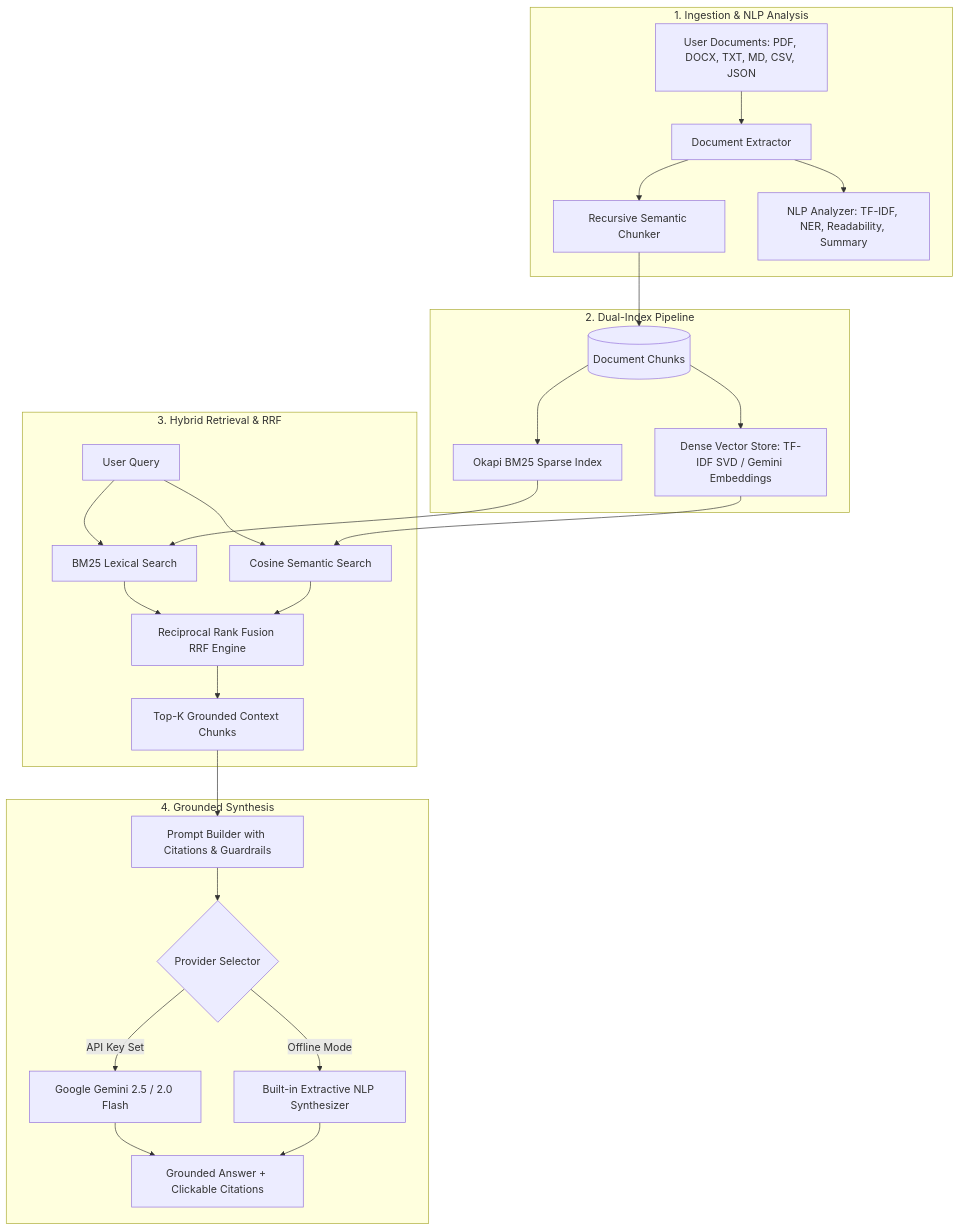
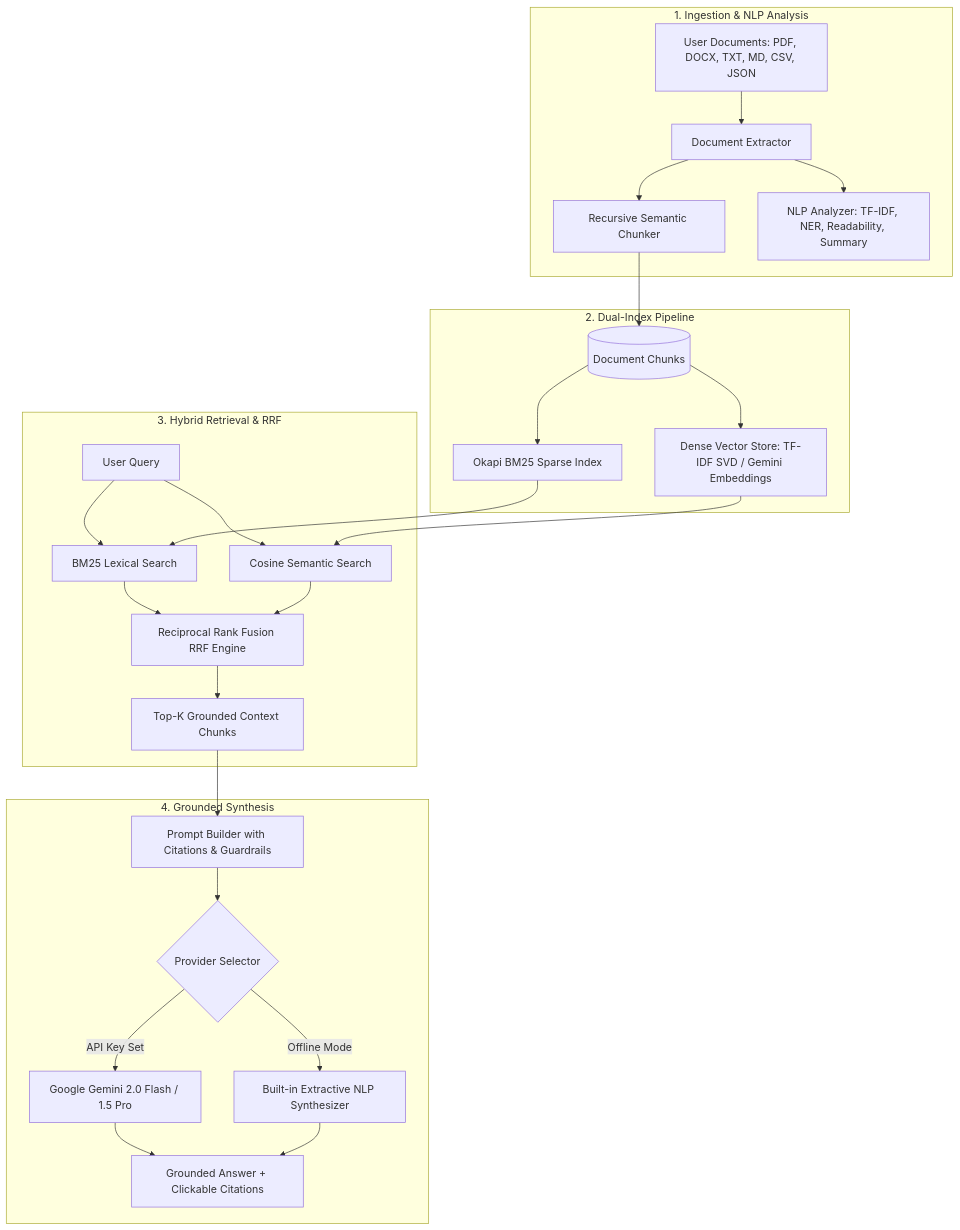
Before and after one commit to bhanukousik127-gif/NLP-powered-RAG-document-assistant: the diagram in README.md, drawn with Mermaid. The commit also changed other lines of this file and 4 other files, not shown here.

Commit message:
fix: Resolve Google GenAI badge formatting and update model to gemini-2.0-flash

````diff
--- a/README.md
+++ b/README.md
@@ -41,33 +42,33 @@
 ```mermaid
 flowchart TD
     subgraph Ingestion["1. Ingestion & NLP Analysis"]
         Doc[User Documents: PDF, DOCX, TXT, MD, CSV, JSON] --> Extractor[Document Extractor]
         Extractor --> Chunker[Recursive Semantic Chunker]
         Extractor --> NLP[NLP Analyzer: TF-IDF, NER, Readability, Summary]
     end
 
     subgraph Indexing["2. Dual-Index Pipeline"]
         Chunker --> Chunks[(Document Chunks)]
         Chunks --> BM25Index[Okapi BM25 Sparse Index]
         Chunks --> VectorIndex[Dense Vector Store: TF-IDF SVD / Gemini Embeddings]
     end
 
     subgraph Retrieval["3. Hybrid Retrieval & RRF"]
         Query[User Query] --> BM25Search[BM25 Lexical Search]
         Query --> VectorSearch[Cosine Semantic Search]
         BM25Index --> BM25Search
         VectorIndex --> VectorSearch
         BM25Search --> RRF[Reciprocal Rank Fusion RRF Engine]
         VectorSearch --> RRF
         RRF --> TopK[Top-K Grounded Context Chunks]
     end
 
     subgraph Generation["4. Grounded Synthesis"]
         TopK --> PromptBuilder[Prompt Builder with Citations & Guardrails]
         PromptBuilder --> Generator{Provider Selector}
-        Generator -->|API Key Set| Gemini[Google Gemini 2.5 / 2.0 Flash]
+        Generator -->|API Key Set| Gemini[Google Gemini 2.0 Flash / 1.5 Pro]
         Generator -->|Offline Mode| LocalNLP[Built-in Extractive NLP Synthesizer]
         Gemini --> Response[Grounded Answer + Clickable Citations]
         LocalNLP --> Response
     end
 ```
````
